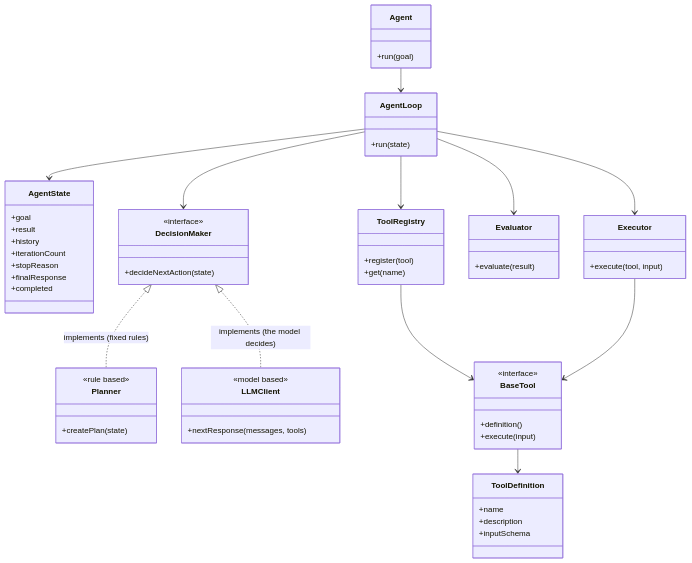
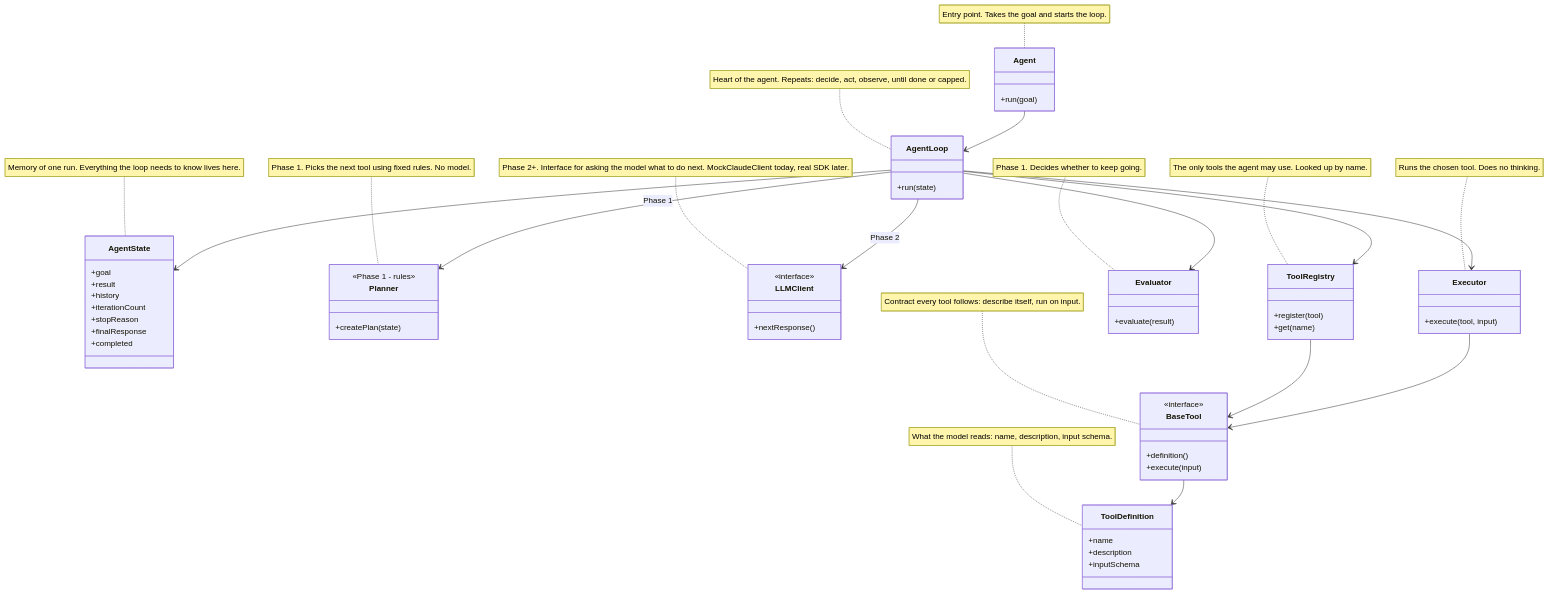
The first of 6 diagrams in README.md (YashzAlphaGeek/agent-engineering-lab), drawn with Mermaid before and after one commit.

Commit message:
add mermaid notes

````diff
--- a/README.md
+++ b/README.md
@@ -28,73 +28,78 @@
 ```mermaid
 classDiagram
 
     class Agent {
         +run(goal)
     }
 
     class AgentLoop {
         +run(state)
     }
 
     class AgentState {
         +goal
         +result
         +history
         +iterationCount
         +stopReason
         +finalResponse
         +completed
     }
 
-    class DecisionMaker {
-        <<interface>>
-        +decideNextAction(state)
-    }
-
     class Planner {
-        <<rule based>>
+        <<Phase 1 - rules>>
         +createPlan(state)
     }
 
     class LLMClient {
-        <<model based>>
-        +nextResponse(messages, tools)
+        <<interface>>
+        +nextResponse()
     }
 
     class Executor {
         +execute(tool, input)
     }
 
     class Evaluator {
         +evaluate(result)
     }
 
     class ToolRegistry {
         +register(tool)
         +get(name)
     }
 
     class BaseTool {
         <<interface>>
         +definition()
         +execute(input)
     }
 
     class ToolDefinition {
         +name
         +description
         +inputSchema
     }
 
     Agent --> AgentLoop
     AgentLoop --> AgentState
-    AgentLoop --> DecisionMaker
+    AgentLoop --> Planner : Phase 1
+    AgentLoop --> LLMClient : Phase 2
     AgentLoop --> ToolRegistry
     AgentLoop --> Executor
     AgentLoop --> Evaluator
-    DecisionMaker <|.. Planner : implements (fixed rules)
-    DecisionMaker <|.. LLMClient : implements (the model decides)
     ToolRegistry --> BaseTool
     BaseTool --> ToolDefinition
     Executor --> BaseTool
+
+    note for Agent "Entry point. Takes the goal and starts the loop."
+    note for AgentLoop "Heart of the agent. Repeats: decide, act, observe, until done or capped."
+    note for AgentState "Memory of one run. Everything the loop needs to know lives here."
+    note for Planner "Phase 1. Picks the next tool using fixed rules. No model."
+    note for LLMClient "Phase 2+. Interface for asking the model what to do next. MockClaudeClient today, real SDK later."
+    note for Executor "Runs the chosen tool. Does no thinking."
+    note for Evaluator "Phase 1. Decides whether to keep going."
+    note for ToolRegistry "The only tools the agent may use. Looked up by name."
+    note for BaseTool "Contract every tool follows: describe itself, run on input."
+    note for ToolDefinition "What the model reads: name, description, input schema."
 ```
````
